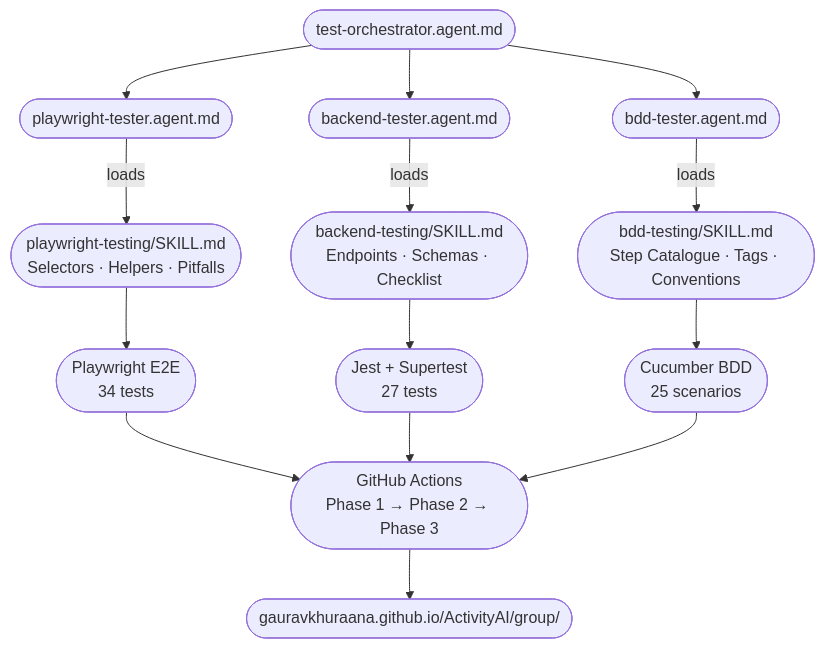
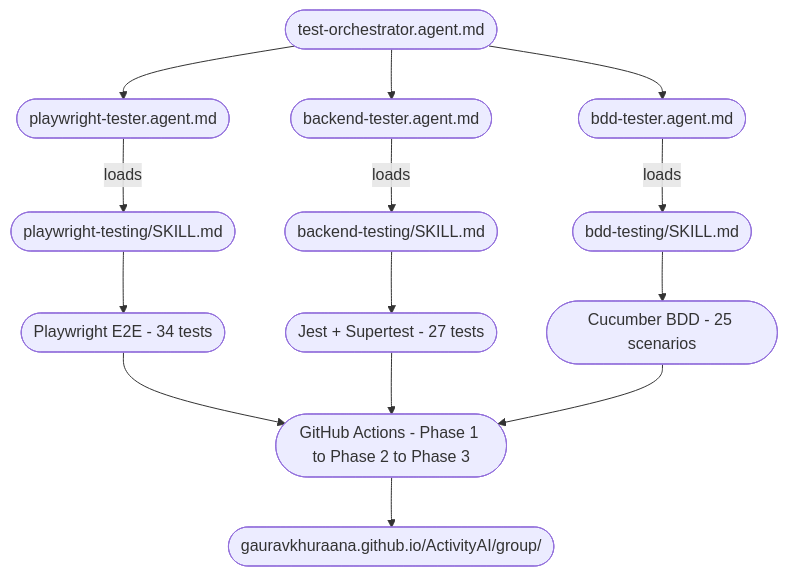
The diagram in GROUP_ACTIVITY/README.md (gauravkhuraana/ActivityAI), drawn with Mermaid before and after one commit. The commit also changed 1 other file, not shown here.

Commit message:
fix: Remove literal \n from Mermaid node labels so GitHub renders diagrams

````diff
--- a/GROUP_ACTIVITY/README.md
+++ b/GROUP_ACTIVITY/README.md
@@ -9,14 +9,14 @@
 ```mermaid
 flowchart TD
     O([test-orchestrator.agent.md]) --> P([playwright-tester.agent.md])
     O --> B([backend-tester.agent.md])
     O --> D([bdd-tester.agent.md])
-    P -->|loads| PS([playwright-testing/SKILL.md\nSelectors · Helpers · Pitfalls])
-    B -->|loads| BS([backend-testing/SKILL.md\nEndpoints · Schemas · Checklist])
-    D -->|loads| DS([bdd-testing/SKILL.md\nStep Catalogue · Tags · Conventions])
-    PS --> E2E([Playwright E2E\n34 tests])
-    BS --> API([Jest + Supertest\n27 tests])
-    DS --> BDD([Cucumber BDD\n25 scenarios])
-    E2E & API & BDD --> CI([GitHub Actions\nPhase 1 → Phase 2 → Phase 3])
+    P -->|loads| PS([playwright-testing/SKILL.md])
+    B -->|loads| BS([backend-testing/SKILL.md])
+    D -->|loads| DS([bdd-testing/SKILL.md])
+    PS --> E2E([Playwright E2E - 34 tests])
+    BS --> API([Jest + Supertest - 27 tests])
+    DS --> BDD([Cucumber BDD - 25 scenarios])
+    E2E & API & BDD --> CI([GitHub Actions - Phase 1 to Phase 2 to Phase 3])
     CI --> Pages([gauravkhuraana.github.io/ActivityAI/group/])
 ```
````
